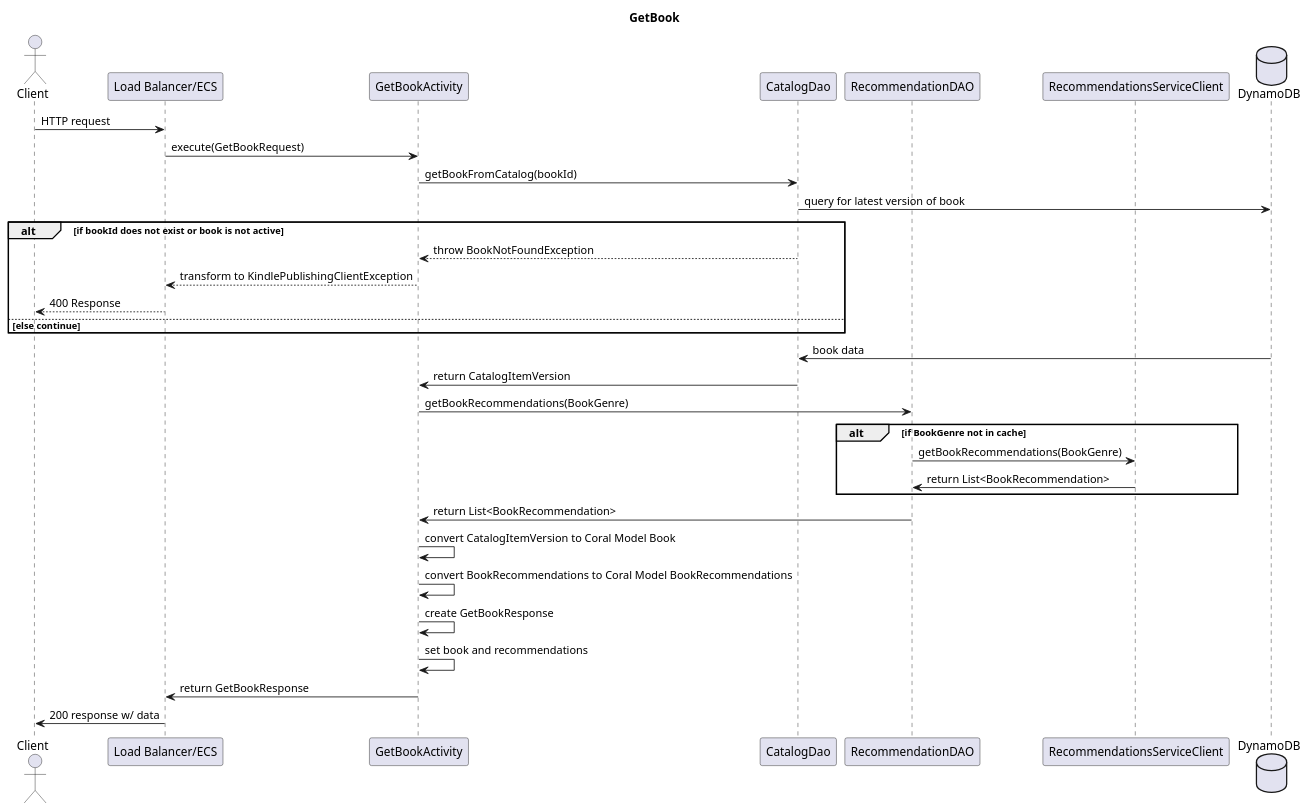
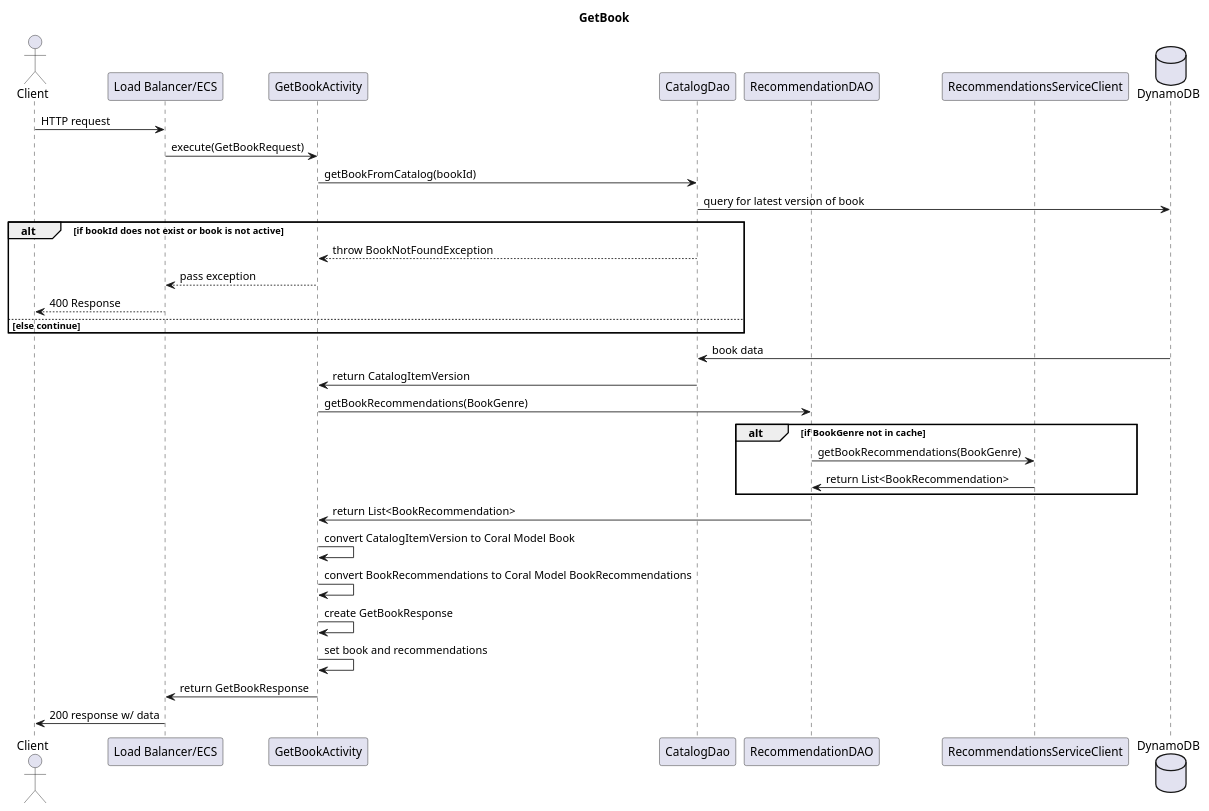
The diagram in src/resources/mastery-task5-get-book-SD.puml (santi1110/bd-KindlePublishingService), drawn with PlantUML before and after one commit. The commit also changed 22 other files, not shown here.

```diff
--- a/src/resources/mastery-task5-get-book-SD.puml
+++ b/src/resources/mastery-task5-get-book-SD.puml
@@ -1,36 +1,36 @@
 @startuml
 title GetBook
 
 actor Client
 participant "Load Balancer/ECS" as ecs
 participant GetBookActivity
 participant CatalogDao
 participant RecommendationDAO
 participant RecommendationsServiceClient
 database DynamoDB
 
 Client -> ecs : HTTP request
 ecs -> GetBookActivity : execute(GetBookRequest)
 GetBookActivity -> CatalogDao : getBookFromCatalog(bookId)
 CatalogDao -> DynamoDB : query for latest version of book
 alt if bookId does not exist or book is not active
     CatalogDao --> GetBookActivity : throw BookNotFoundException
-    GetBookActivity --> ecs : transform to KindlePublishingClientException
+    GetBookActivity --> ecs : pass exception
     ecs --> Client : 400 Response
 else else continue
 end
 DynamoDB -> CatalogDao : book data
 CatalogDao -> GetBookActivity : return CatalogItemVersion
 GetBookActivity -> RecommendationDAO: getBookRecommendations(BookGenre)
 alt if BookGenre not in cache
   RecommendationDAO -> RecommendationsServiceClient: getBookRecommendations(BookGenre)
   RecommendationsServiceClient -> RecommendationDAO : return List<BookRecommendation>
 end
 RecommendationDAO -> GetBookActivity : return List<BookRecommendation>
 GetBookActivity -> GetBookActivity : convert CatalogItemVersion to Coral Model Book
 GetBookActivity -> GetBookActivity : convert BookRecommendations to Coral Model BookRecommendations
 GetBookActivity -> GetBookActivity : create GetBookResponse
 GetBookActivity -> GetBookActivity : set book and recommendations
 GetBookActivity -> ecs : return GetBookResponse
 ecs -> Client : 200 response w/ data
 @enduml
```
